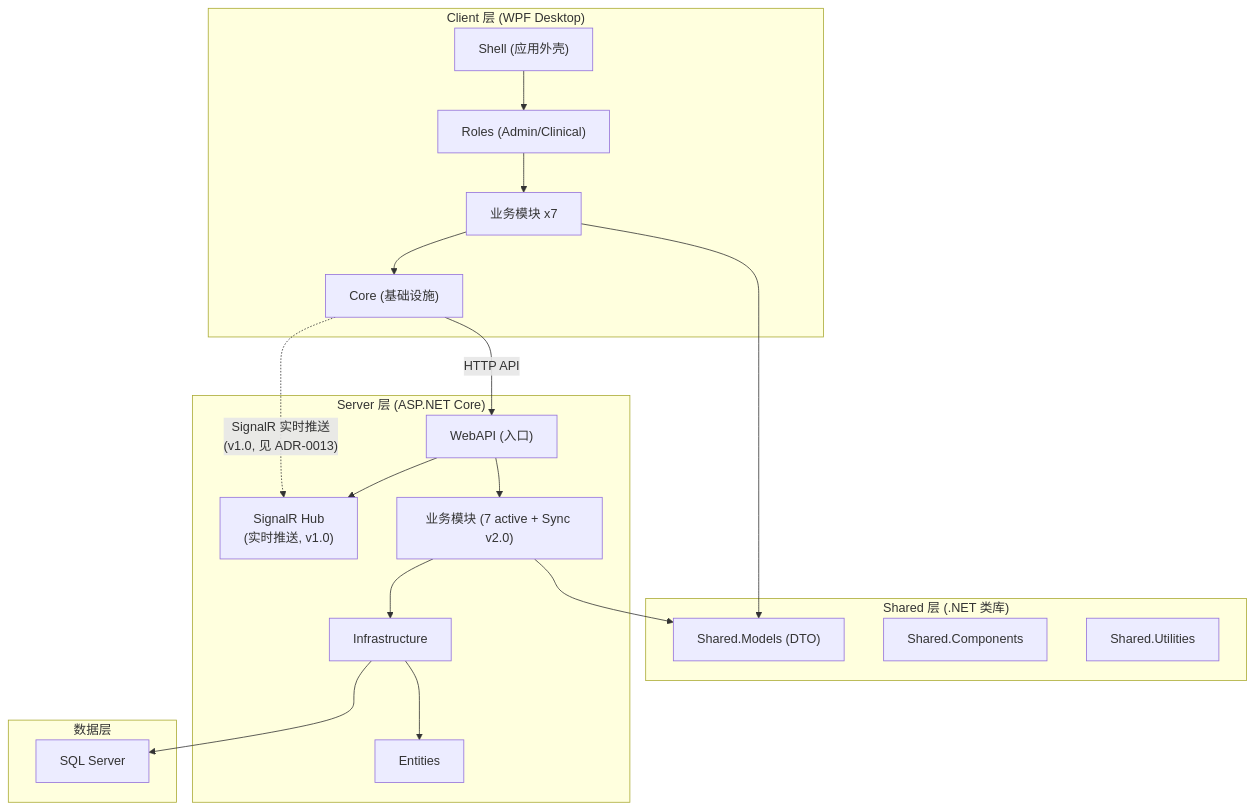
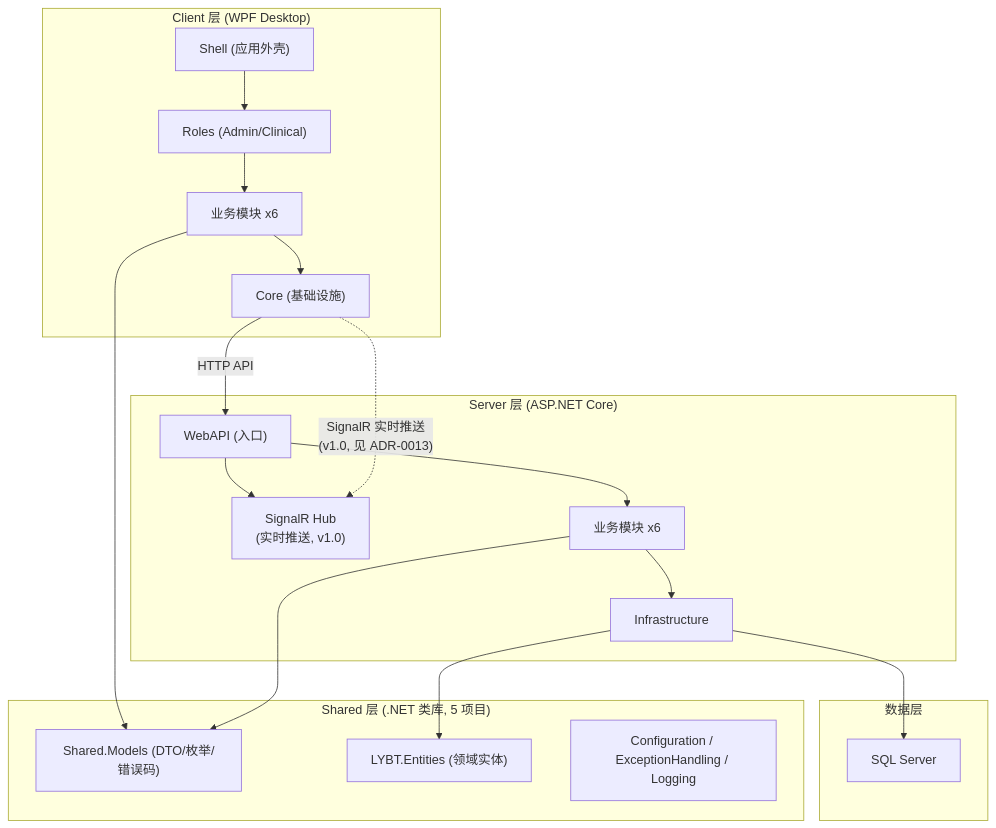
One commit to shouqitao/LYBTZYZS changed the first of 5 diagrams in docs/03-architecture/01-system-overview.md. Above: the diagram before and after it, drawn with Mermaid. The commit also changed other lines of this file and 28 other files, not shown here.

````diff
--- a/docs/03-architecture/01-system-overview.md
+++ b/docs/03-architecture/01-system-overview.md
@@ -10,36 +10,36 @@
 ```mermaid
 graph TB
     subgraph Client["Client 层 (WPF Desktop)"]
         Shell["Shell (应用外壳)"]
         Roles["Roles (Admin/Clinical)"]
-        Modules_C["业务模块 x7"]
+        Modules_C["业务模块 x6"]
         Core_C["Core (基础设施)"]
         Shell --> Roles --> Modules_C --> Core_C
     end
 
-    subgraph Shared["Shared 层 (.NET 类库)"]
-        Models["Shared.Models (DTO)"]
-        Components["Shared.Components"]
-        Utilities["Shared.Utilities"]
+    subgraph Shared["Shared 层 (.NET 类库, 5 项目)"]
+        Models["Shared.Models (DTO/枚举/错误码)"]
+        Entities_S["LYBT.Entities (领域实体)"]
+        SharedTools["Configuration / ExceptionHandling / Logging"]
     end
 
     subgraph Server["Server 层 (ASP.NET Core)"]
         WebAPI["WebAPI (入口)"]
         SignalRHub["SignalR Hub<br/>(实时推送, v1.0)"]
-        Modules_S["业务模块 (7 active + Sync v2.0)"]
+        Modules_S["业务模块 x6"]
         Infra["Infrastructure"]
-        Entities["Entities"]
         WebAPI --> SignalRHub
-        WebAPI --> Modules_S --> Infra --> Entities
+        WebAPI --> Modules_S --> Infra
     end
 
     subgraph Data["数据层"]
         SQLServer["SQL Server"]
     end
 
     Core_C -->|"HTTP API"| WebAPI
     Core_C -.->|"SignalR 实时推送<br/>(v1.0, 见 ADR-0013)"| SignalRHub
     Modules_C --> Models
     Modules_S --> Models
+    Infra --> Entities_S
     Infra --> SQLServer
 ```
````
